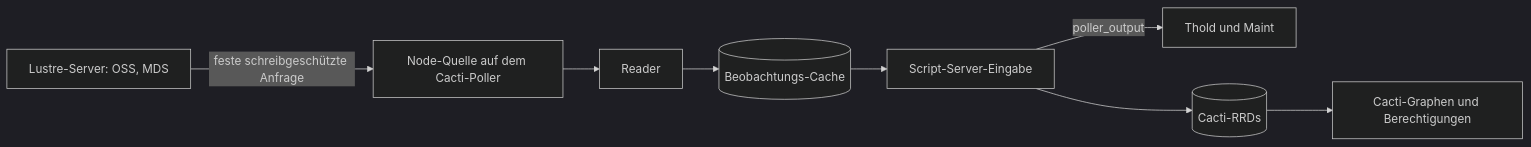
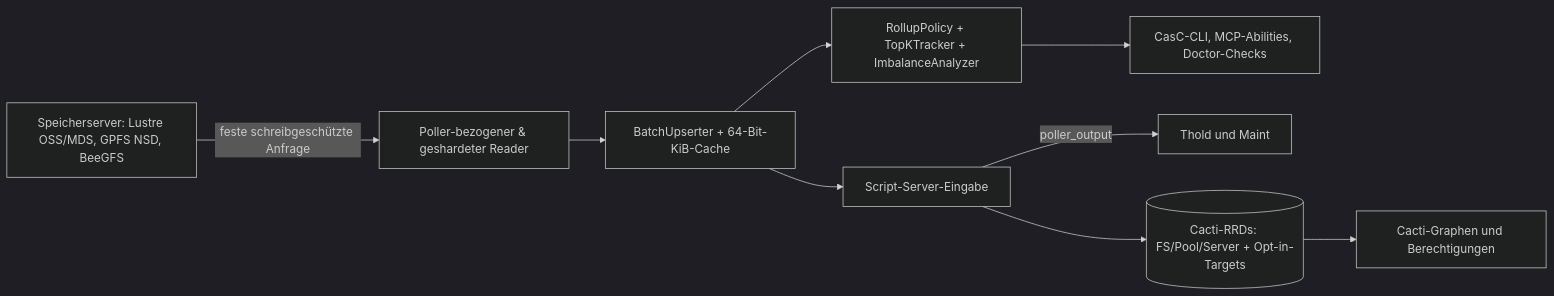
Before and after one commit to somethingwithproof/plugin_pfs: the diagram in docs/i18n/de-DE/README.md, drawn with Mermaid (dark theme). The commit also changed other lines of this file and 47 other files, not shown here.

````diff
--- a/docs/i18n/de-DE/README.md
+++ b/docs/i18n/de-DE/README.md
@@ -64,10 +72,11 @@
 ```mermaid
 flowchart LR
-    N[Lustre-Server: OSS, MDS] -->|feste schreibgeschützte Anfrage| S[Node-Quelle auf dem Cacti-Poller]
-    S --> R[Reader]
-    R --> C[(Beobachtungs-Cache)]
-    C --> SS[Script-Server-Eingabe]
+    N[Speicherserver: Lustre OSS/MDS, GPFS NSD, BeeGFS] -->|feste schreibgeschützte Anfrage| S[Poller-bezogener & geshardeter Reader]
+    S --> B[BatchUpserter + 64-Bit-KiB-Cache]
+    B --> R[RollupPolicy + TopKTracker + ImbalanceAnalyzer]
+    B --> SS[Script-Server-Eingabe]
+    R --> ECO[CasC-CLI, MCP-Abilities, Doctor-Checks]
     SS -->|poller_output| T[Thold und Maint]
-    SS --> RRD[(Cacti-RRDs)]
+    SS --> RRD[(Cacti-RRDs: FS/Pool/Server + Opt-in-Targets)]
     RRD --> G[Cacti-Graphen und Berechtigungen]
 ```
````
